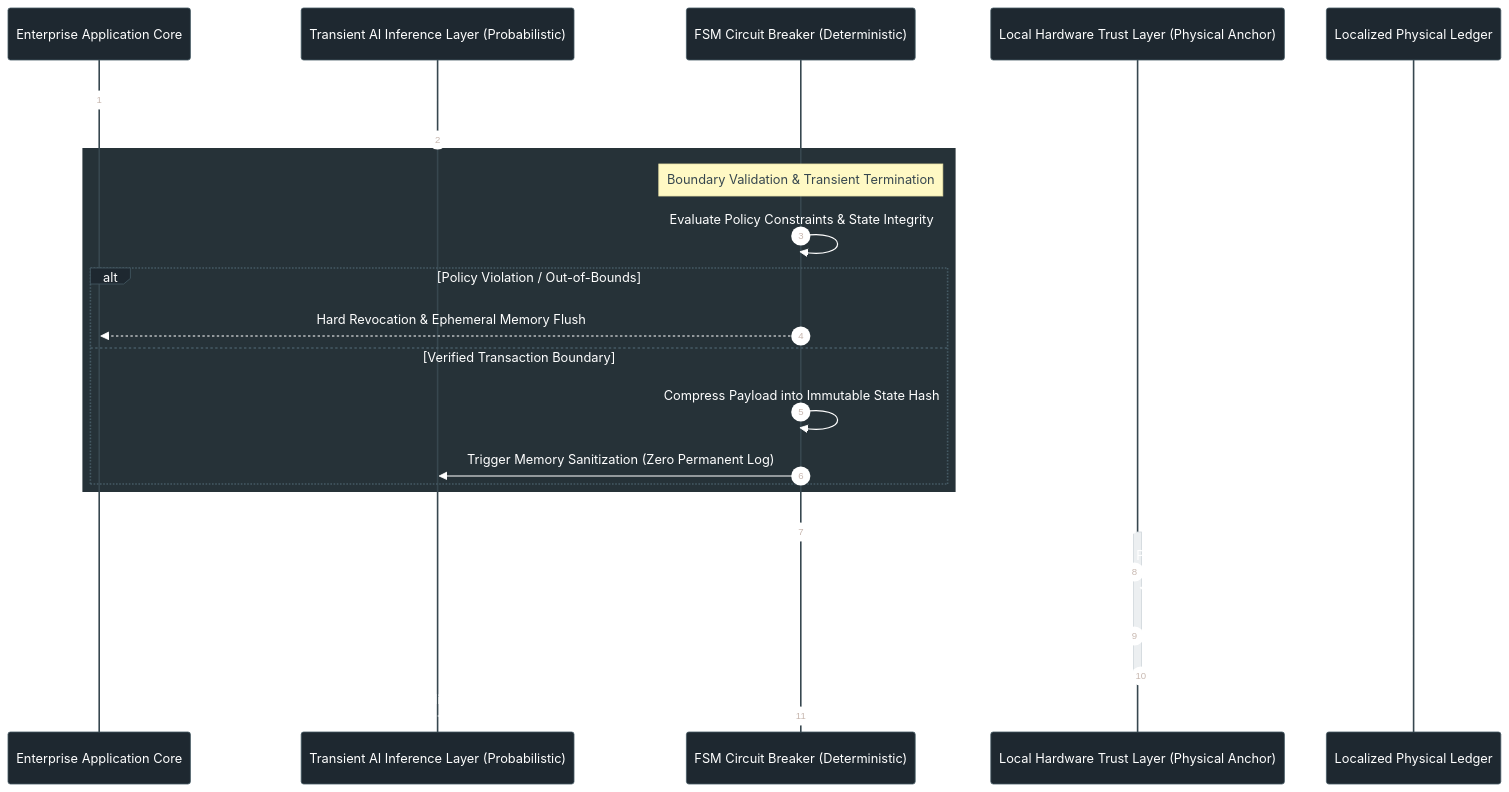
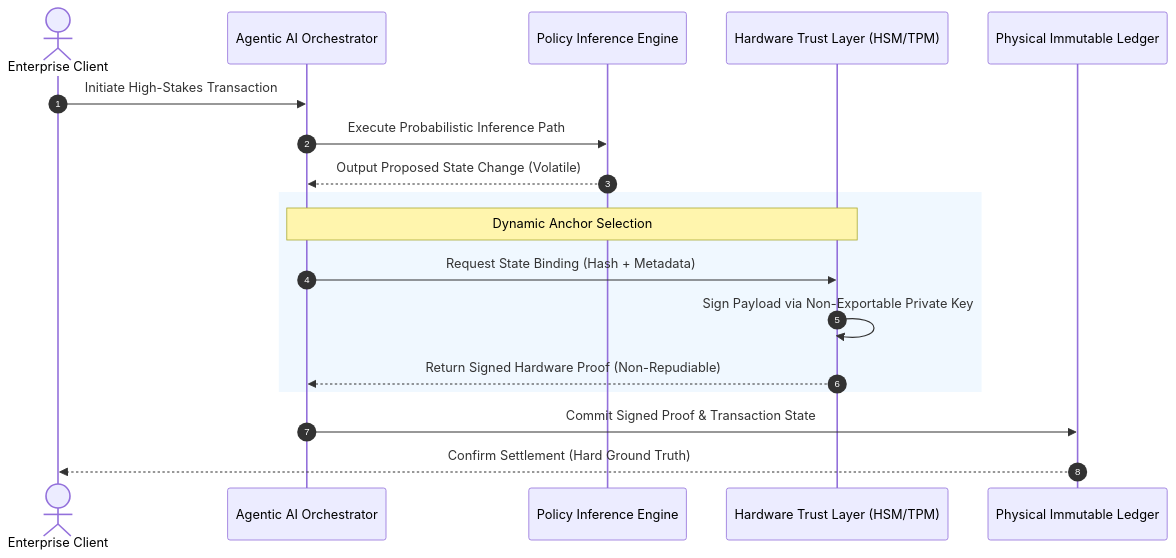
The first of 2 diagrams in docs/10_RFC-002-Physical-Anchor-Sovereignty.md (26200602/SIA-Agentic-AI-Architecture), drawn with Mermaid before and after one commit. The commit also changed other lines of this file, not shown here.

````diff
--- a/docs/10_RFC-002-Physical-Anchor-Sovereignty.md
+++ b/docs/10_RFC-002-Physical-Anchor-Sovereignty.md
@@ -40,50 +39,23 @@
 ```mermaid
-%%{
-  init: {
-    'theme': 'base',
-    'themeVariables': {
-      'primaryColor': '#2b3945',
-      'primaryTextColor': '#ffffff',
-      'primaryBorderColor': '#455a64',
-      'lineColor': '#37474f',
-      'secondaryColor': '#eceff1',
-      'tertiaryColor': '#ffffff',
-      'noteBkgColor': '#fff9c4',
-      'noteTextColor': '#37474f',
-      'actorBkg': '#1e2830',
-      'actorTextColor': '#ffffff',
-      'actorLineColor': '#37474f'
-    }
-  }
-}%%
 sequenceDiagram
     autonumber
-    participant App as Enterprise Application Core
-    participant LLM as Transient AI Inference Layer (Probabilistic)
-    participant FSM as FSM Circuit Breaker (Deterministic)
-    participant HSM as Local Hardware Trust Layer (Physical Anchor)
-    participant Ledger as Localized Physical Ledger
+    actor User as Enterprise Client
+    participant Agent as Agentic AI Orchestrator
+    participant Engine as Policy Inference Engine
+    participant HSM as Hardware Trust Layer (HSM/TPM)
+    participant Ledger as Physical Immutable Ledger
 
-    App->>LLM: Ingest Unstructured Context & Prompt Payload
-    LLM-->>FSM: Return Probabilistic Intent & Generated State
+    User->>Agent: Initiate High-Stakes Transaction
+    Agent->>Engine: Execute Probabilistic Inference Path
+    Engine-->>Agent: Output Proposed State Change (Volatile)
     
-    rect rgb(38, 50, 56)
-        note over FSM: Boundary Validation & Transient Termination
-        FSM->>FSM: Evaluate Policy Constraints & State Integrity
-        alt Policy Violation / Out-of-Bounds
-            FSM-->>App: Hard Revocation & Ephemeral Memory Flush
-        else Verified Transaction Boundary
-            FSM->>FSM: Compress Payload into Immutable State Hash
-            FSM->>LLM: Trigger Memory Sanitization (Zero Permanent Log)
-        end
+    rect rgb(240, 248, 255)
+        note over Agent, HSM: Dynamic Anchor Selection
+        Agent->>HSM: Request State Binding (Hash + Metadata)
+        HSM->>HSM: Sign Payload via Non-Exportable Private Key
+        HSM-->>Agent: Return Signed Hardware Proof (Non-Repudiable)
     end
 
-    FSM->>HSM: Dispatch Immutable State Hash via Offline Bus
-    activate HSM
-    HSM->>HSM: Cryptographic Signing & Physical Hardware Bolding
-    HSM-->>Ledger: Write Deterministic Settlement Proof
-    HSM-->>FSM: Acknowledge Anchor Commitment
-    deactivate HSM
-
-    FSM-->>App: Return Non-Repudiable Execution Receipt
+    Agent->>Ledger: Commit Signed Proof & Transaction State
+    Ledger-->>User: Confirm Settlement (Hard Ground Truth)
 ```
````
